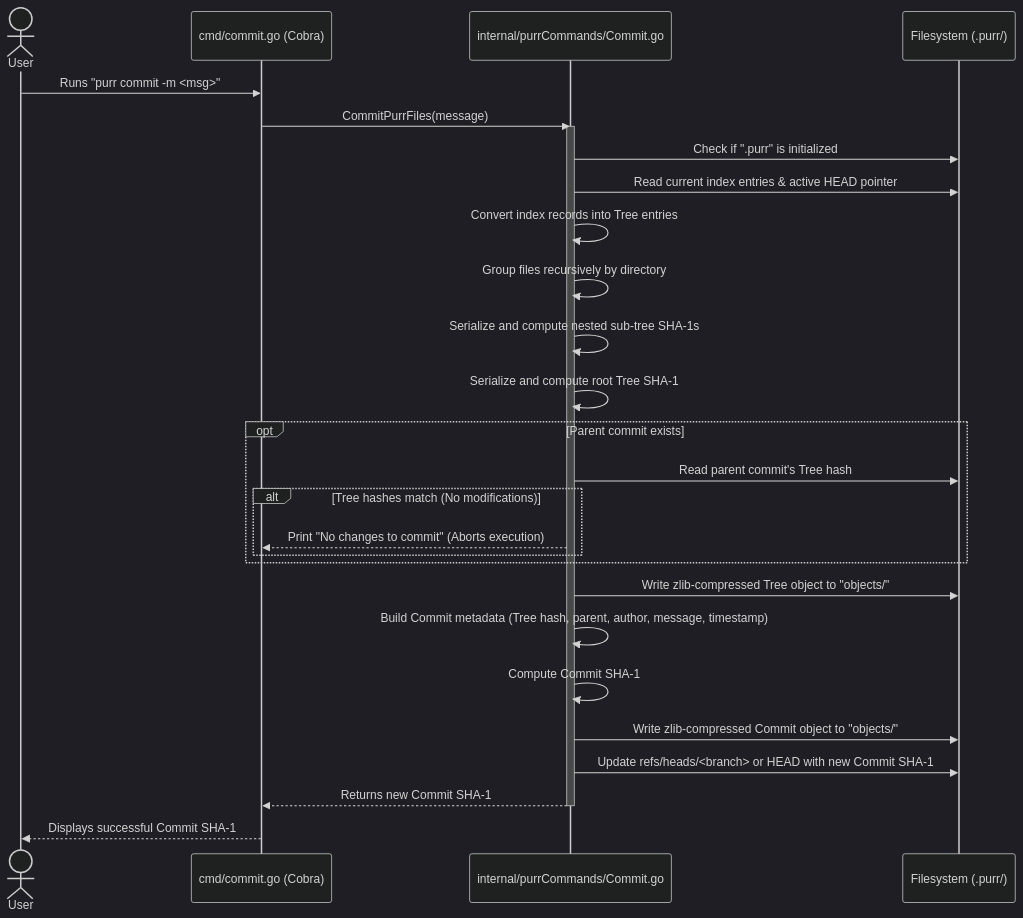
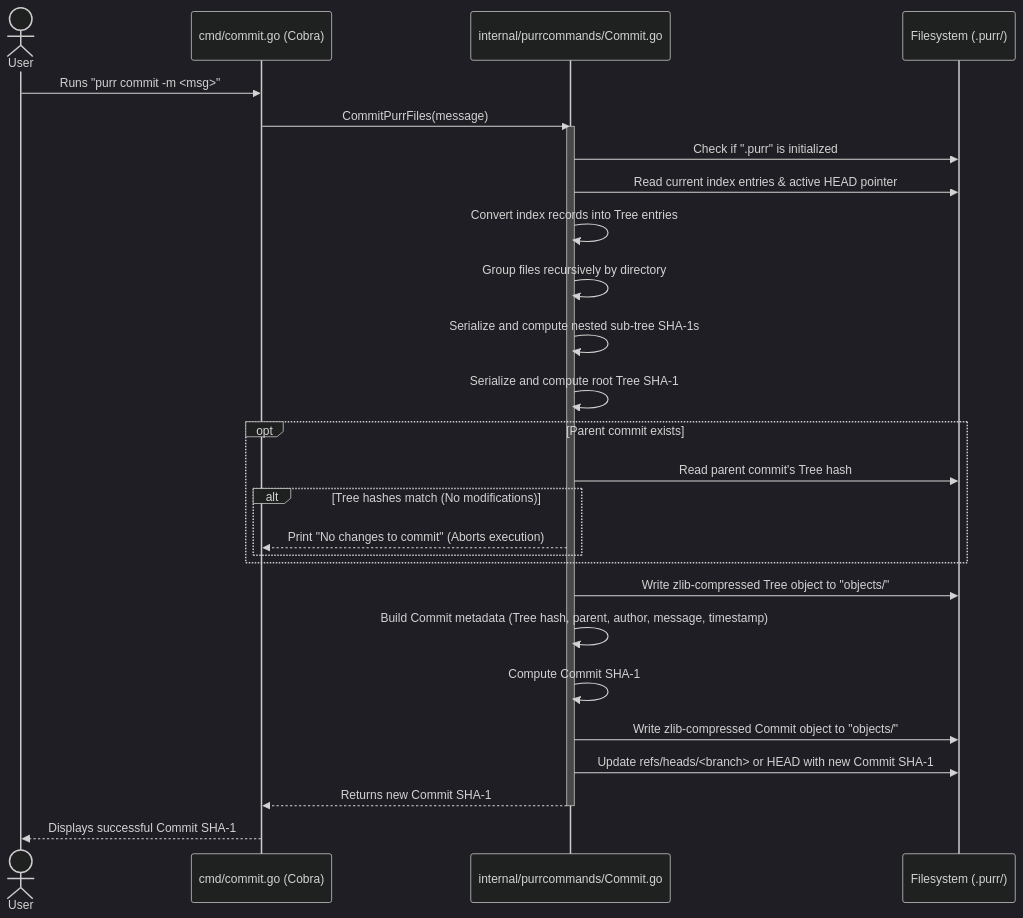
Before and after one commit to TheRealShek/persephone: the sixth of 6 diagrams in Docs/ARCHITECTURE.md, drawn with Mermaid (dark theme). The commit also changed other lines of this file and 36 other files, not shown here.

````diff
--- a/Docs/ARCHITECTURE.md
+++ b/Docs/ARCHITECTURE.md
@@ -416,38 +416,38 @@
 ```mermaid
 sequenceDiagram
     actor User
     participant CLI as cmd/commit.go (Cobra)
-    participant Core as internal/purrCommands/Commit.go
+    participant Core as internal/purrcommands/Commit.go
     participant OS as Filesystem (.purr/)
 
     User->>CLI: Runs "purr commit -m <msg>"
     CLI->>Core: CommitPurrFiles(message)
 
     activate Core
     Core->>OS: Check if ".purr" is initialized
     Core->>OS: Read current index entries & active HEAD pointer
 
     Core->>Core: Convert index records into Tree entries
     Core->>Core: Group files recursively by directory
     Core->>Core: Serialize and compute nested sub-tree SHA-1s
     Core->>Core: Serialize and compute root Tree SHA-1
 
     opt Parent commit exists
         Core->>OS: Read parent commit's Tree hash
         alt Tree hashes match (No modifications)
             Core-->>CLI: Print "No changes to commit" (Aborts execution)
         end
     end
 
     Core->>OS: Write zlib-compressed Tree object to "objects/"
 
     Core->>Core: Build Commit metadata (Tree hash, parent, author, message, timestamp)
     Core->>Core: Compute Commit SHA-1
     Core->>OS: Write zlib-compressed Commit object to "objects/"
 
     Core->>OS: Update refs/heads/<branch> or HEAD with new Commit SHA-1
 
     Core-->>CLI: Returns new Commit SHA-1
     deactivate Core
     CLI-->>User: Displays successful Commit SHA-1
 ```
````
